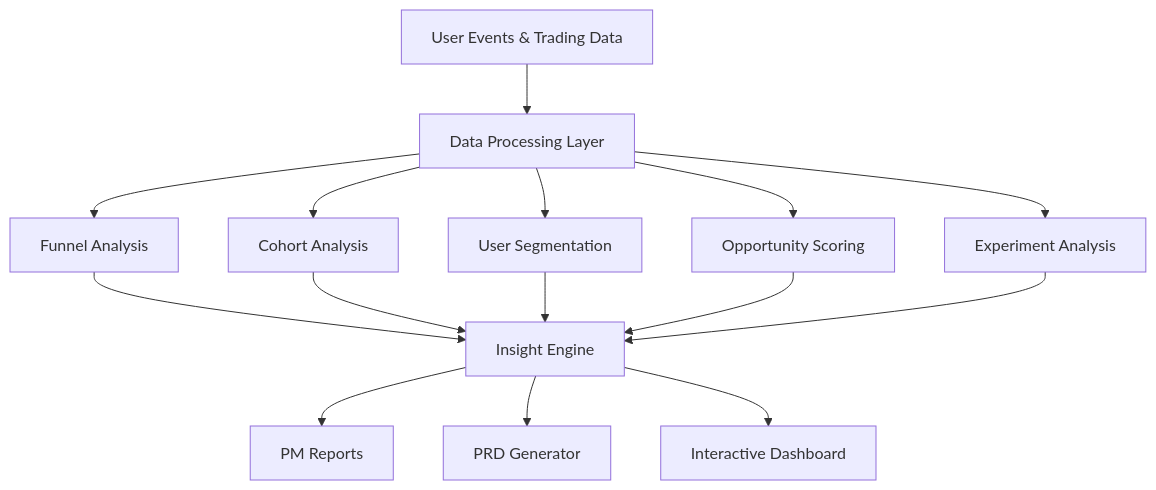
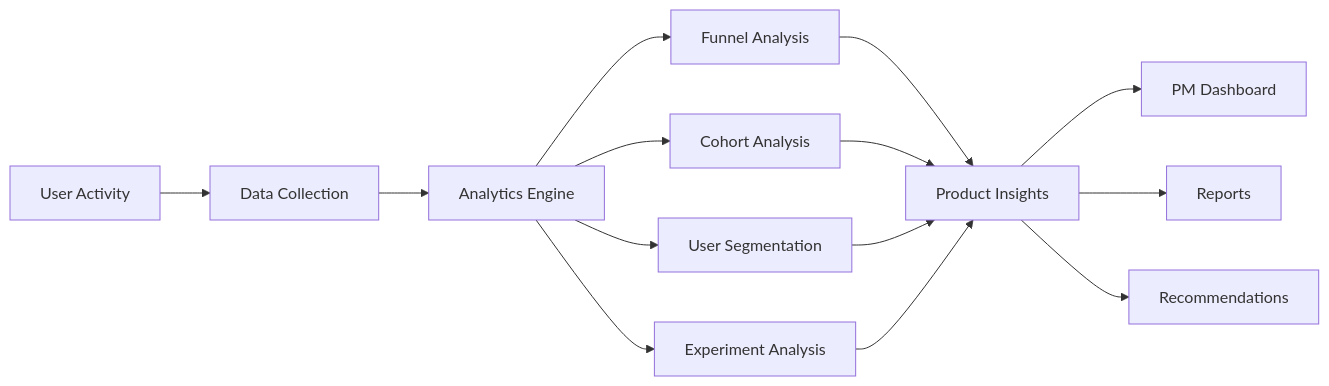
The diagram in README.md (Sankar202221/trading-intelligence-platform), drawn with Mermaid before and after one commit. The commit also changed other lines of this file, not shown here.

````diff
--- a/README.md
+++ b/README.md
@@ -221,36 +179,22 @@
 ```mermaid
-flowchart TD
+flowchart LR
 
-A[User Events & Trading Data]
-B[Data Processing Layer]
+A[User Activity]
+--> B[Data Collection]
 
-C[Funnel Analysis]
-D[Cohort Analysis]
-E[User Segmentation]
-F[Opportunity Scoring]
-G[Experiment Analysis]
+B --> C[Analytics Engine]
 
-H[Insight Engine]
+C --> D[Funnel Analysis]
+C --> E[Cohort Analysis]
+C --> F[User Segmentation]
+C --> G[Experiment Analysis]
 
-I[PM Reports]
-J[PRD Generator]
-K[Interactive Dashboard]
-
-A --> B
-
-B --> C
-B --> D
-B --> E
-B --> F
-B --> G
-
-C --> H
-D --> H
+D --> H[Product Insights]
 E --> H
 F --> H
 G --> H
 
-H --> I
-H --> J
-H --> K
+H --> I[PM Dashboard]
+H --> J[Reports]
+H --> K[Recommendations]
 ```
````
